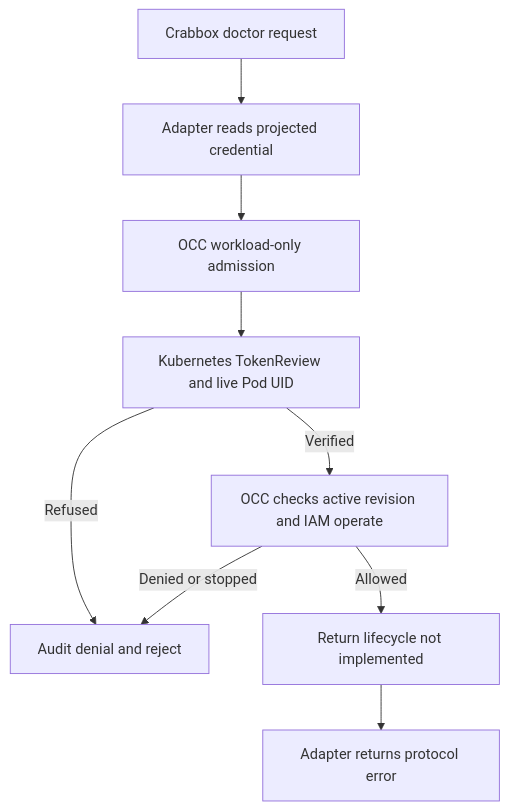
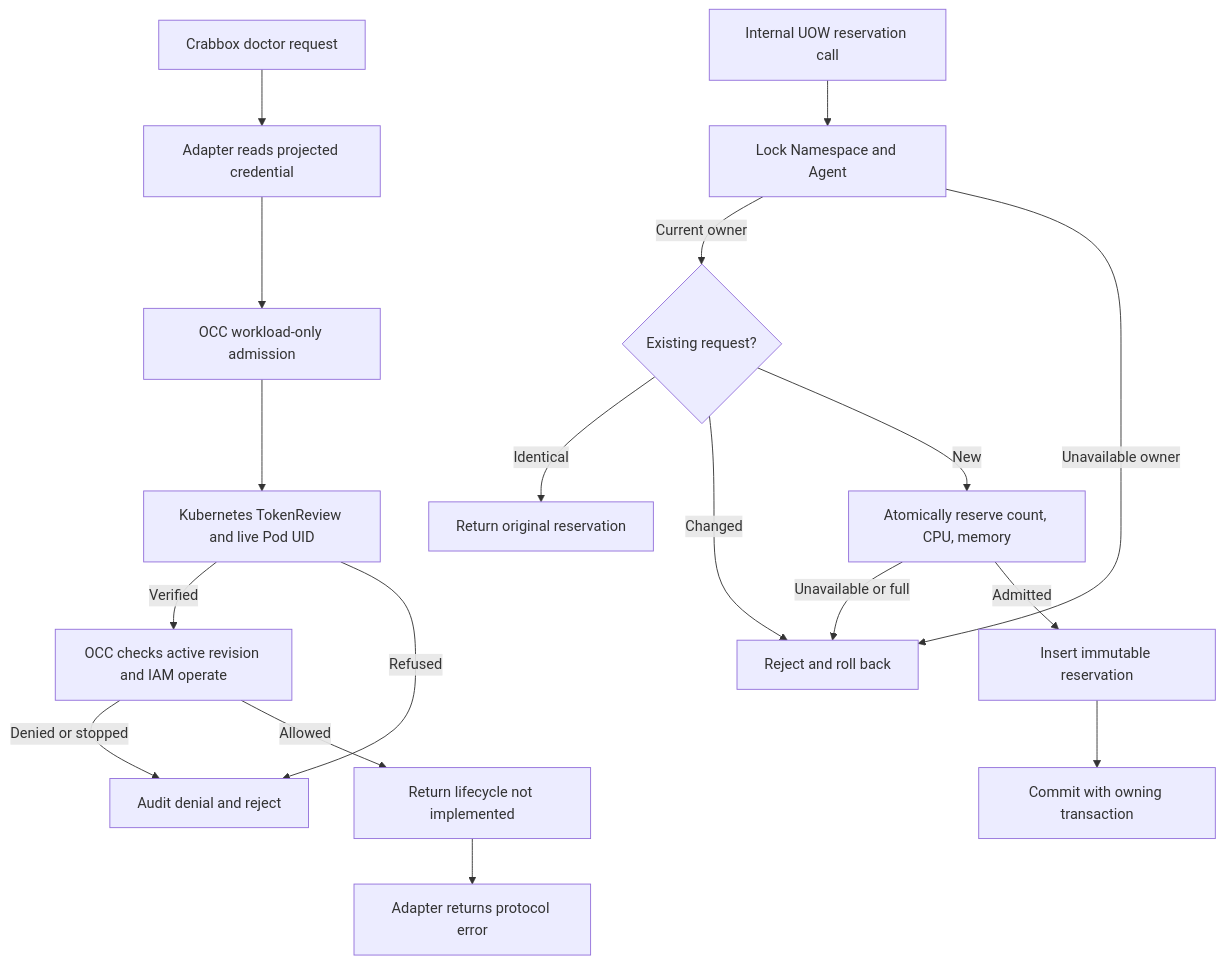
The diagram in docs/flows/temporary-environment-readiness.md (raw-labs/openclaw-enterprise), drawn with Mermaid before and after one commit. The commit also changed other lines of this file and 17 other files, not shown here.

````diff
--- a/docs/flows/temporary-environment-readiness.md
+++ b/docs/flows/temporary-environment-readiness.md
@@ -30,11 +30,20 @@
 ```mermaid
 graph TD
   A["Crabbox doctor request"] --> B["Adapter reads projected credential"]
   B --> C["OCC workload-only admission"]
   C --> D["Kubernetes TokenReview and live Pod UID"]
   D -->|Verified| E["OCC checks active revision and IAM operate"]
   D -->|Refused| F["Audit denial and reject"]
   E -->|Denied or stopped| F
   E -->|Allowed| G["Return lifecycle not implemented"]
   G --> H["Adapter returns protocol error"]
+  U["Internal UOW reservation call"] --> L["Lock Namespace and Agent"]
+  L -->|Current owner| R{"Existing request?"}
+  L -->|Unavailable owner| X
+  R -->|Identical| S["Return original reservation"]
+  R -->|Changed| X["Reject and roll back"]
+  R -->|New| Q["Atomically reserve count, CPU, memory"]
+  Q -->|Unavailable or full| X
+  Q -->|Admitted| P["Insert immutable reservation"]
+  P --> T["Commit with owning transaction"]
 ```
````
